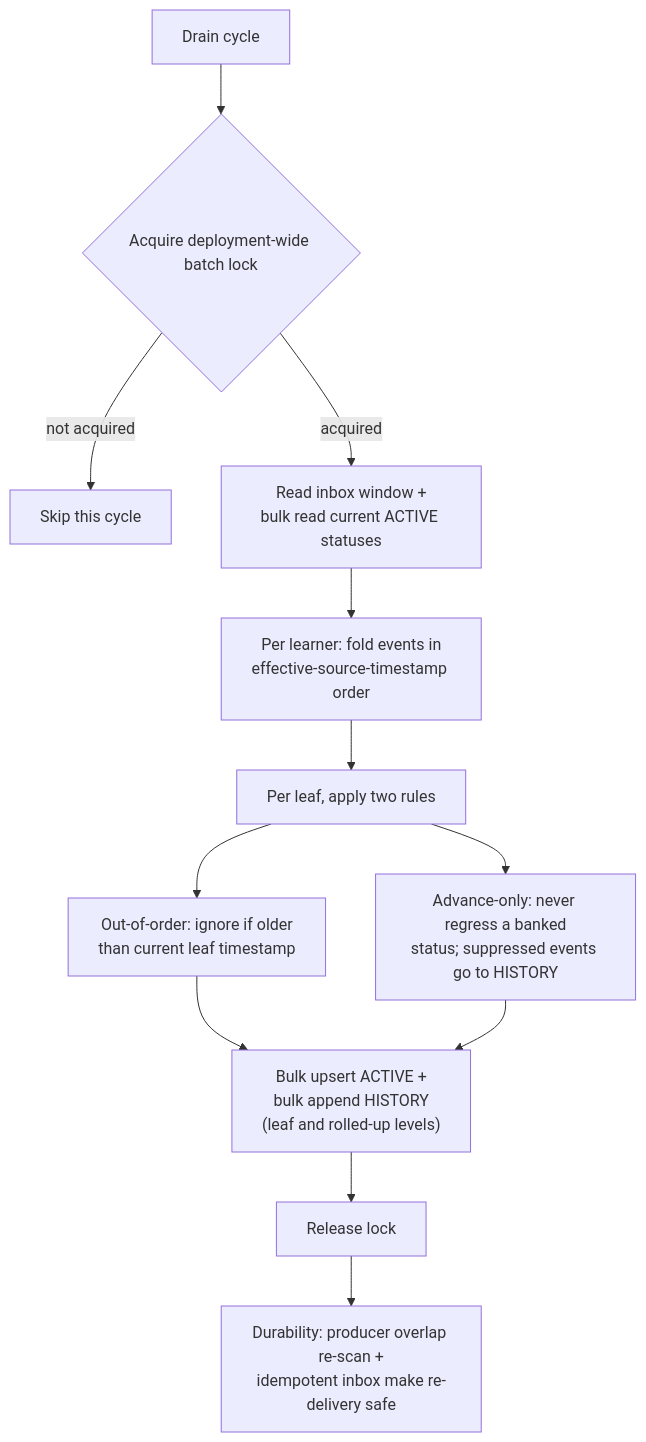
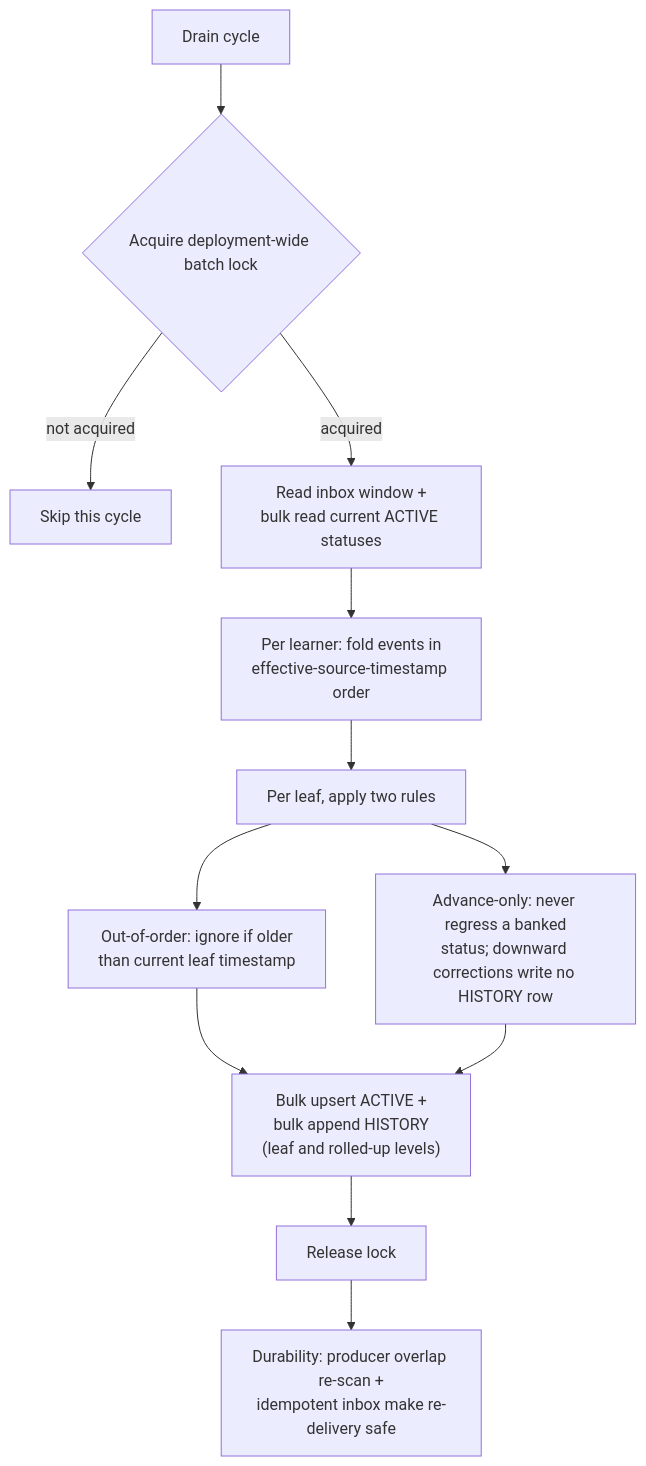
One commit to jesperhodge/openedx-core changed the second of 2 diagrams in docs/openedx_learning/decisions/0004-competency-mastery-concurrency-diagrams.md. Above: the diagram before and after it, drawn with Mermaid. The commit also changed 6 other files, not shown here.

Commit message:
docs: concurrency and storage docs and diagrams

````diff
--- a/docs/openedx_learning/decisions/0004-competency-mastery-concurrency-diagrams.md
+++ b/docs/openedx_learning/decisions/0004-competency-mastery-concurrency-diagrams.md
@@ -48,14 +48,14 @@
 ```mermaid
 flowchart TD
     START["Drain cycle"] --> LOCK{"Acquire deployment-wide batch lock"}
     LOCK -->|"not acquired"| SKIP["Skip this cycle"]
     LOCK -->|"acquired"| READ["Read inbox window +<br/>bulk read current ACTIVE statuses"]
     READ --> FOLD["Per learner: fold events in<br/>effective-source-timestamp order"]
     FOLD --> RULES["Per leaf, apply two rules"]
     RULES --> OOO["Out-of-order: ignore if older<br/>than current leaf timestamp"]
-    RULES --> ADV["Advance-only: never regress a banked<br/>status; suppressed events go to HISTORY"]
+    RULES --> ADV["Advance-only: never regress a banked<br/>status; downward corrections write no HISTORY row"]
     OOO --> WRITE["Bulk upsert ACTIVE +<br/>bulk append HISTORY<br/>(leaf and rolled-up levels)"]
     ADV --> WRITE
     WRITE --> UNLOCK["Release lock"]
     UNLOCK --> DUR["Durability: producer overlap re-scan +<br/>idempotent inbox make re-delivery safe"]
 ```
````
